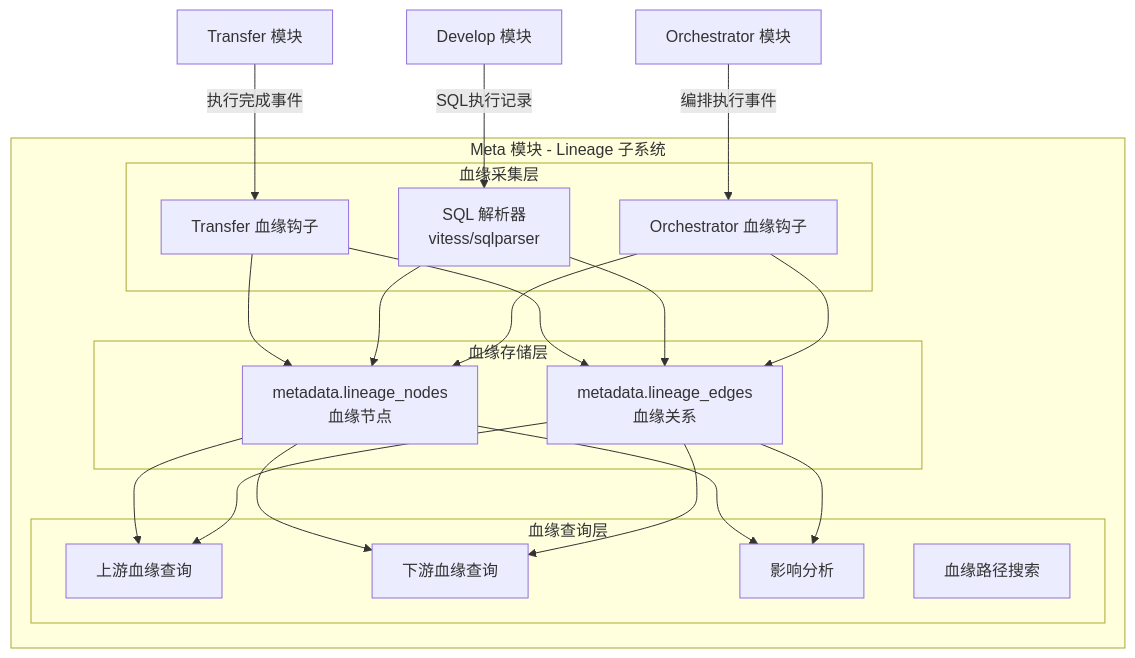
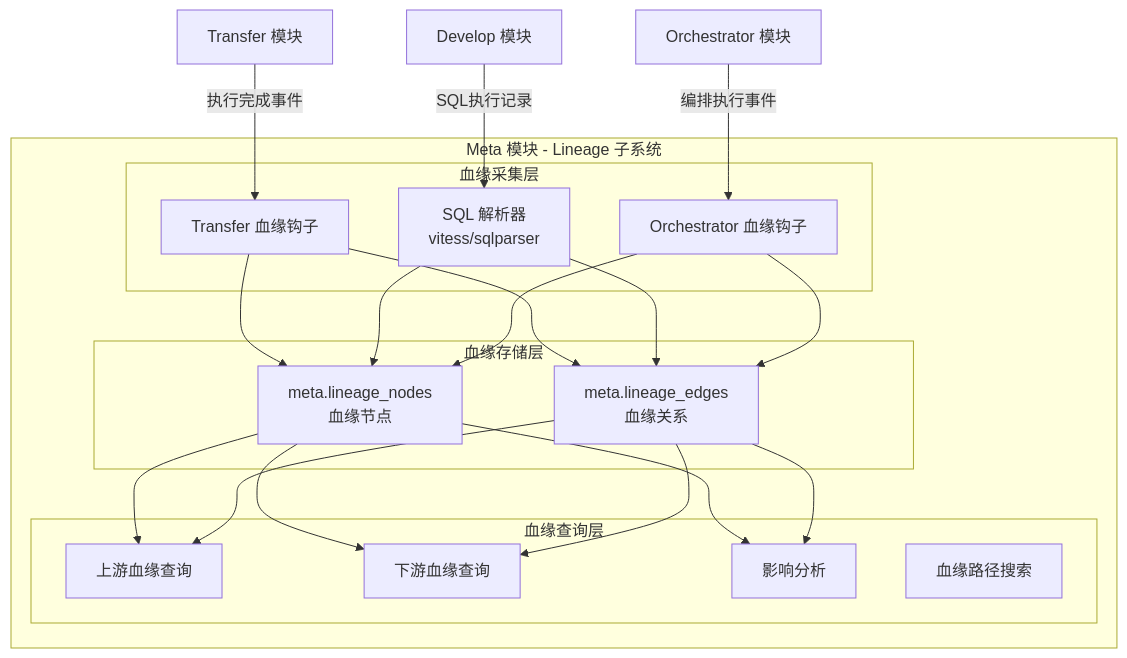
One commit to pampa0629/addp changed the diagram in docs/plan/meta模块血缘扩展设计.md. Above: the diagram before and after it, drawn with Mermaid. The commit also changed other lines of this file and 300 other files, not shown here.

````diff
--- a/docs/plan/meta模块血缘扩展设计.md
+++ b/docs/plan/meta模块血缘扩展设计.md
@@ -31,40 +31,40 @@
 ```mermaid
 graph TB
     subgraph "Meta 模块 - Lineage 子系统"
         subgraph "血缘采集层"
             SQLParser[SQL 解析器<br/>vitess/sqlparser]
             TransferHook[Transfer 血缘钩子]
             OrchestratorHook[Orchestrator 血缘钩子]
         end
 
         subgraph "血缘存储层"
-            Nodes[metadata.lineage_nodes<br/>血缘节点]
-            Edges[metadata.lineage_edges<br/>血缘关系]
+            Nodes[meta.lineage_nodes<br/>血缘节点]
+            Edges[meta.lineage_edges<br/>血缘关系]
         end
 
         subgraph "血缘查询层"
             UpstreamAPI[上游血缘查询]
             DownstreamAPI[下游血缘查询]
             ImpactAPI[影响分析]
             PathAPI[血缘路径搜索]
         end
     end
 
     Transfer[Transfer 模块] -->|执行完成事件| TransferHook
     Develop[Develop 模块] -->|SQL执行记录| SQLParser
     Orchestrator[Orchestrator 模块] -->|编排执行事件| OrchestratorHook
 
     TransferHook --> Nodes
     TransferHook --> Edges
     SQLParser --> Nodes
     SQLParser --> Edges
     OrchestratorHook --> Nodes
     OrchestratorHook --> Edges
 
     Nodes --> UpstreamAPI
     Edges --> UpstreamAPI
     Nodes --> DownstreamAPI
     Edges --> DownstreamAPI
     Nodes --> ImpactAPI
     Edges --> ImpactAPI
 ```
````
